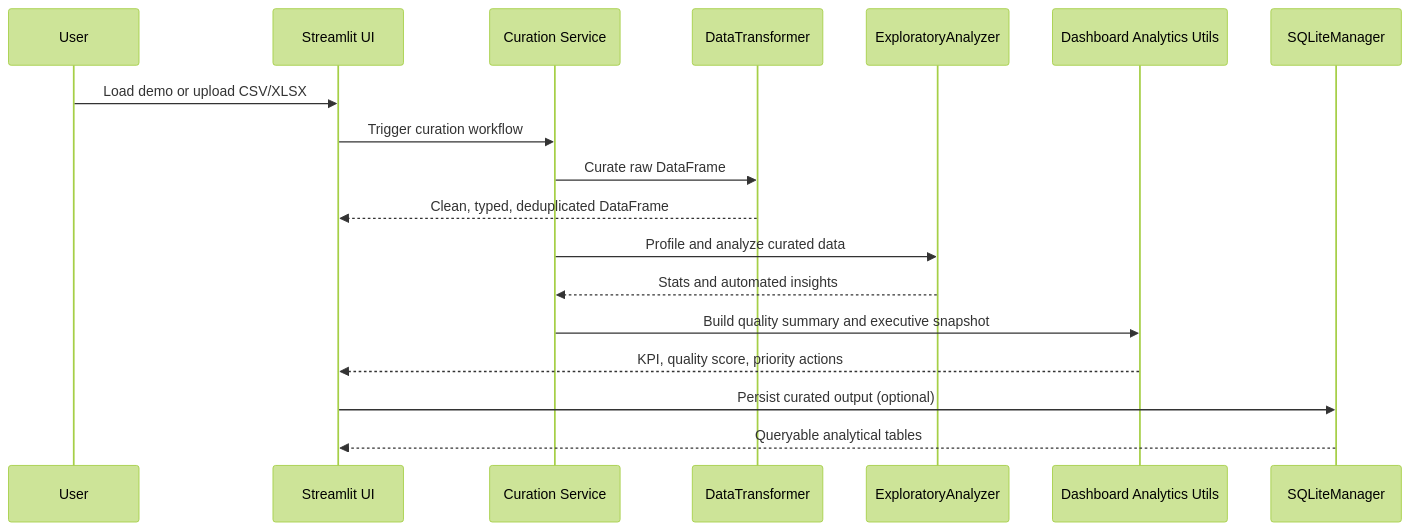
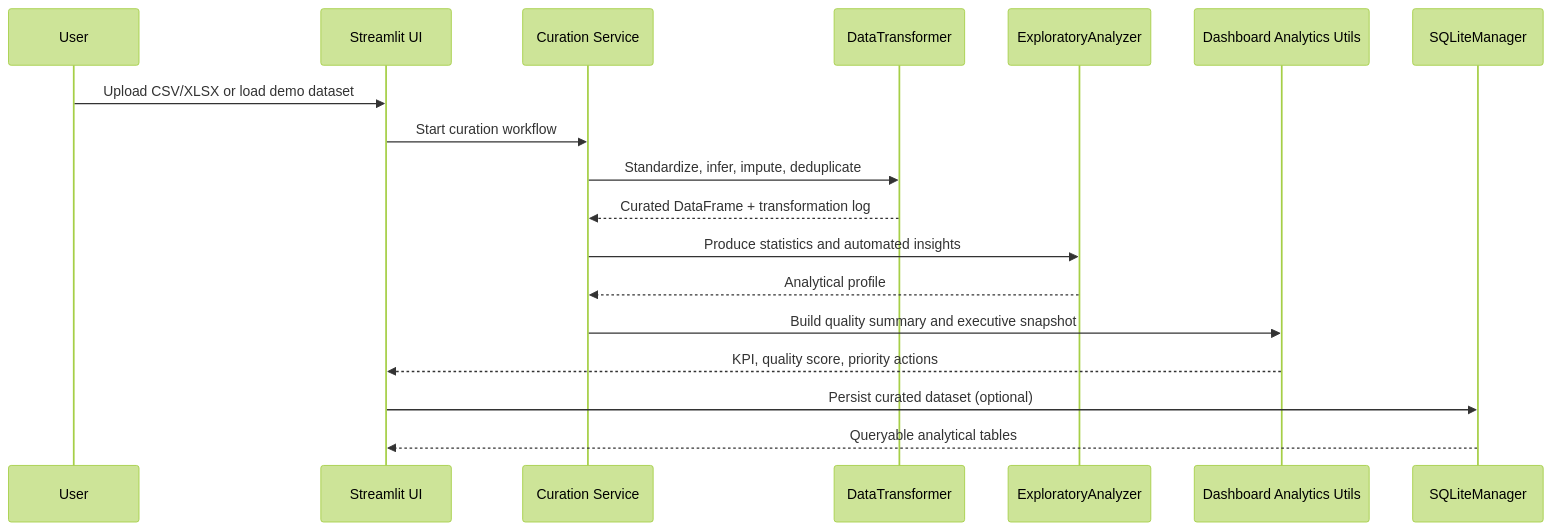
One commit to samuelmaia-data-analyst/data-senior-analytics changed the second of 2 diagrams in docs/ARCHITECTURE.md. Above: the diagram before and after it, drawn with Mermaid (forest theme). The commit also changed other lines of this file and 5 other files, not shown here.

````diff
--- a/docs/ARCHITECTURE.md
+++ b/docs/ARCHITECTURE.md
@@ -29,21 +35,21 @@
 ```mermaid
 sequenceDiagram
     participant U as User
     participant UI as Streamlit UI
     participant AP as Curation Service
     participant TR as DataTransformer
     participant AN as ExploratoryAnalyzer
     participant AU as Dashboard Analytics Utils
     participant DB as SQLiteManager
 
-    U->>UI: Load demo or upload CSV/XLSX
-    UI->>AP: Trigger curation workflow
-    AP->>TR: Curate raw DataFrame
-    TR-->>UI: Clean, typed, deduplicated DataFrame
-    AP->>AN: Profile and analyze curated data
-    AN-->>AP: Stats and automated insights
+    U->>UI: Upload CSV/XLSX or load demo dataset
+    UI->>AP: Start curation workflow
+    AP->>TR: Standardize, infer, impute, deduplicate
+    TR-->>AP: Curated DataFrame + transformation log
+    AP->>AN: Produce statistics and automated insights
+    AN-->>AP: Analytical profile
     AP->>AU: Build quality summary and executive snapshot
     AU-->>UI: KPI, quality score, priority actions
-    UI->>DB: Persist curated output (optional)
+    UI->>DB: Persist curated dataset (optional)
     DB-->>UI: Queryable analytical tables
 ```
````
